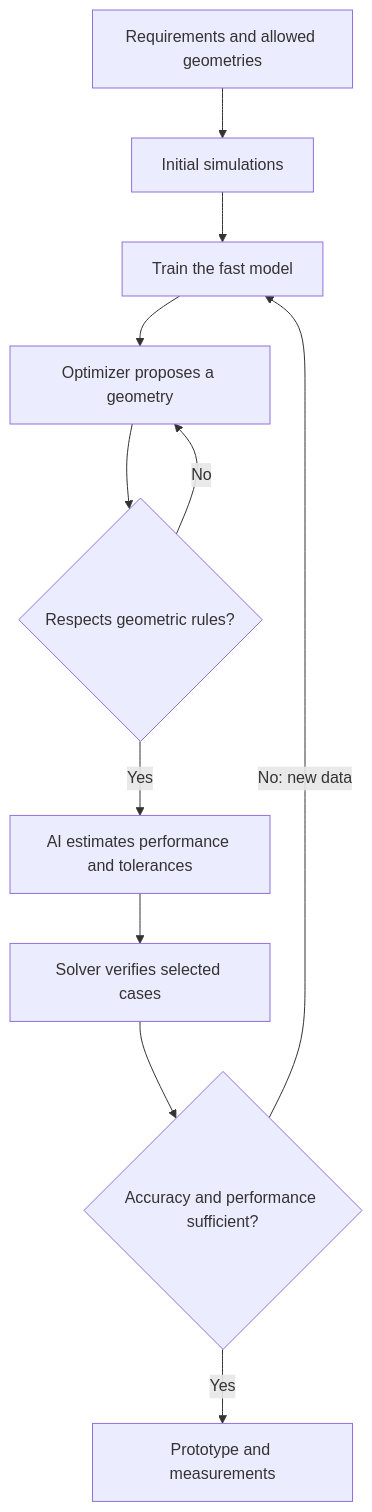
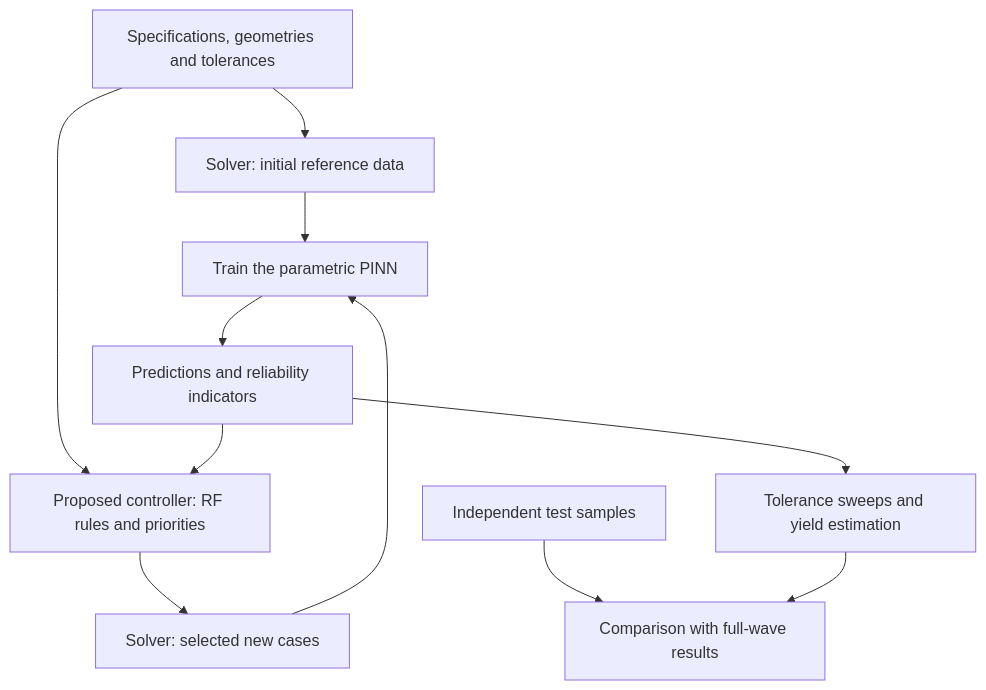
Before and after one commit to PulgaLuca/Neuro-Symbolic_RF_Surrogates: the second of 2 diagrams in README.md, drawn with Mermaid. The commit also changed other lines of this file, not shown here.

````diff
--- a/README.md
+++ b/README.md
@@ -319,13 +569,13 @@
 ```mermaid
 flowchart TD
-    A["Requirements and allowed geometries"] --> B["Initial simulations"]
-    B --> C["Train the fast model"]
-    C --> D["Optimizer proposes a geometry"]
-    D --> E{"Respects geometric rules?"}
-    E -->|No| D
-    E -->|Yes| F["AI estimates performance and tolerances"]
-    F --> G["Solver verifies selected cases"]
-    G --> H{"Accuracy and performance sufficient?"}
-    H -->|No: new data| C
-    H -->|Yes| I["Prototype and measurements"]
+    A["Specifications, geometries and tolerances"] --> B["Solver: initial reference data"]
+    B --> C["Train the parametric PINN"]
+    C --> D["Predictions and reliability indicators"]
+    A --> E["Proposed controller: RF rules and priorities"]
+    D --> E
+    E --> F["Solver: selected new cases"]
+    F --> C
+    D --> G["Tolerance sweeps and yield estimation"]
+    H["Independent test samples"] --> I["Comparison with full-wave results"]
+    G --> I
 ```
````
